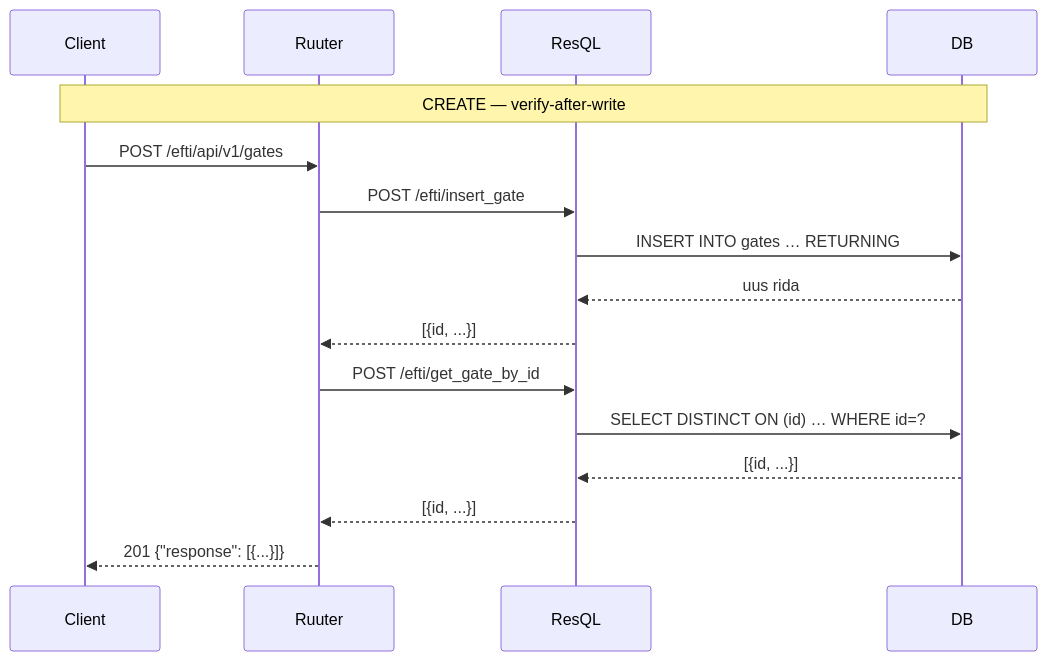
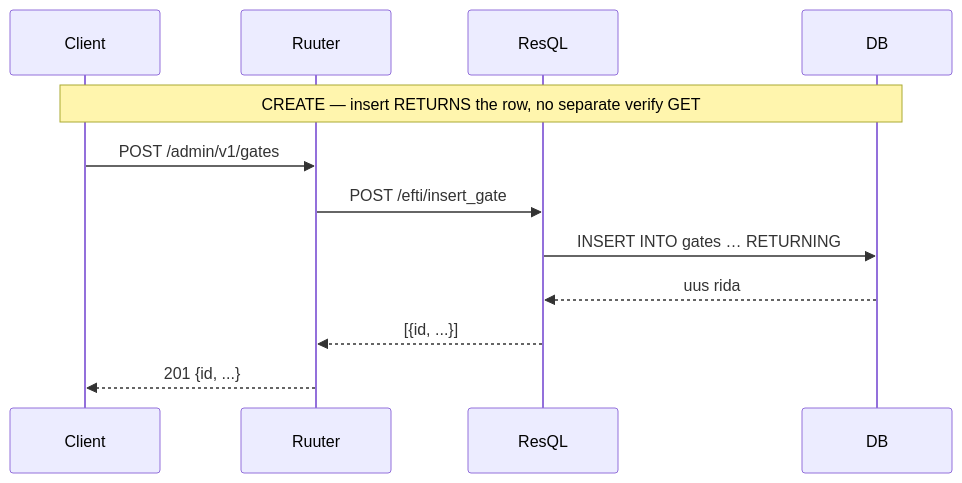
One commit to kemit-ee/efti-gate-ee changed the second of 4 diagrams in docs/specs/api_endpoints.md. Above: the diagram before and after it, drawn with Mermaid. The commit also changed other lines of this file and 1 other file, not shown here.

First line of the commit message:
docs: fix stale Ruuter DSL file-path references in api_endpoints.md and user_api_known_restrictions.md

````diff
--- a/docs/specs/api_endpoints.md
+++ b/docs/specs/api_endpoints.md
@@ -177,19 +185,15 @@
 ```mermaid
 sequenceDiagram
     participant Client
     participant Ruuter
     participant ResQL
     participant DB
 
-    Note over Client,DB: CREATE — verify-after-write
-    Client->>Ruuter: POST /efti/api/v1/gates
+    Note over Client,DB: CREATE — insert RETURNS the row, no separate verify GET
+    Client->>Ruuter: POST /admin/v1/gates
     Ruuter->>ResQL: POST /efti/insert_gate
     ResQL->>DB: INSERT INTO gates … RETURNING
     DB-->>ResQL: uus rida
     ResQL-->>Ruuter: [{id, ...}]
-    Ruuter->>ResQL: POST /efti/get_gate_by_id
-    ResQL->>DB: SELECT DISTINCT ON (id) … WHERE id=?
-    DB-->>ResQL: [{id, ...}]
-    ResQL-->>Ruuter: [{id, ...}]
-    Ruuter-->>Client: 201 {"response": [{...}]}
+    Ruuter-->>Client: 201 {id, ...}
 ```
````
